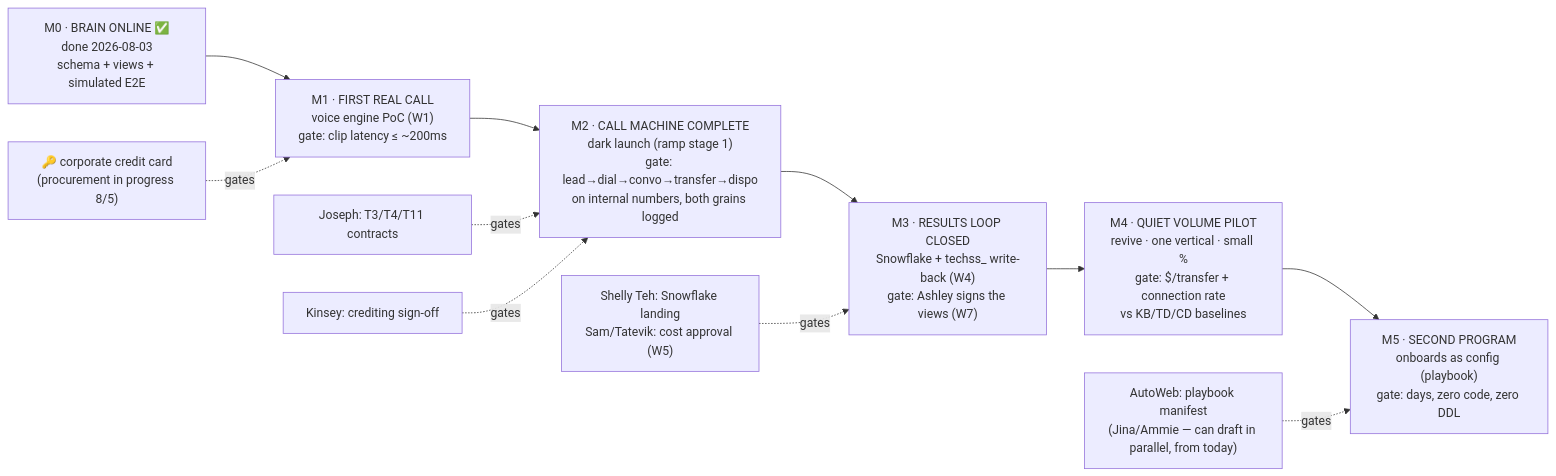
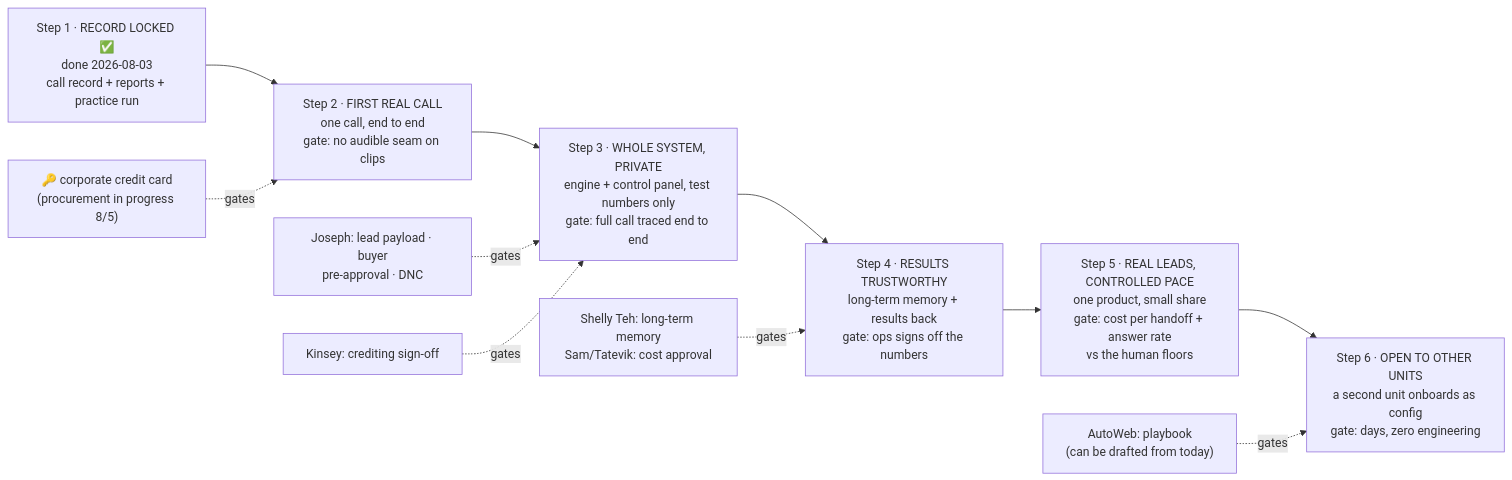
The diagram in docs/roadmap.md (piermadsen-blcalls/fivestrata-dialer), drawn with Mermaid before and after one commit. The commit also changed other lines of this file and 3 other files, not shown here.

First line of the commit message:
PRD + roadmap Draft v2: merge Pier's plain-language draft with Sean's v1

````diff
--- a/docs/roadmap.md
+++ b/docs/roadmap.md
@@ -18,16 +22,16 @@
 ```mermaid
 flowchart LR
-  M0["M0 · BRAIN ONLINE ✅<br/>done 2026-08-03<br/>schema + views + simulated E2E"]
-  M1["M1 · FIRST REAL CALL<br/>voice engine PoC (W1)<br/>gate: clip latency ≤ ~200ms"]
-  M2["M2 · CALL MACHINE COMPLETE<br/>dark launch (ramp stage 1)<br/>gate: lead→dial→convo→transfer→dispo<br/>on internal numbers, both grains logged"]
-  M3["M3 · RESULTS LOOP CLOSED<br/>Snowflake + techss_ write-back (W4)<br/>gate: Ashley signs the views (W7)"]
-  M4["M4 · QUIET VOLUME PILOT<br/>revive · one vertical · small %<br/>gate: $/transfer + connection rate<br/>vs KB/TD/CD baselines"]
-  M5["M5 · SECOND PROGRAM<br/>onboards as config (playbook)<br/>gate: days, zero code, zero DDL"]
+  M0["Step 1 · RECORD LOCKED ✅<br/>done 2026-08-03<br/>call record + reports + practice run"]
+  M1["Step 2 · FIRST REAL CALL<br/>one call, end to end<br/>gate: no audible seam on clips"]
+  M2["Step 3 · WHOLE SYSTEM, PRIVATE<br/>engine + control panel, test numbers only<br/>gate: full call traced end to end"]
+  M3["Step 4 · RESULTS TRUSTWORTHY<br/>long-term memory + results back<br/>gate: ops signs off the numbers"]
+  M4["Step 5 · REAL LEADS, CONTROLLED PACE<br/>one product, small share<br/>gate: cost per handoff + answer rate<br/>vs the human floors"]
+  M5["Step 6 · OPEN TO OTHER UNITS<br/>a second unit onboards as config<br/>gate: days, zero engineering"]
 
   M0 --> M1 --> M2 --> M3 --> M4 --> M5
   CARD["🔑 corporate credit card<br/>(procurement in progress 8/5)"] -.gates.-> M1
-  AW["AutoWeb: playbook manifest<br/>(Jina/Ammie — can draft in parallel, from today)"] -.gates.-> M5
-  JOS["Joseph: T3/T4/T11 contracts"] -.gates.-> M2
-  SNOW["Shelly Teh: Snowflake landing<br/>Sam/Tatevik: cost approval (W5)"] -.gates.-> M3
+  JOS["Joseph: lead payload · buyer<br/>pre-approval · DNC"] -.gates.-> M2
   KIN["Kinsey: crediting sign-off"] -.gates.-> M2
+  SNOW["Shelly Teh: long-term memory<br/>Sam/Tatevik: cost approval"] -.gates.-> M3
+  AW["AutoWeb: playbook<br/>(can be drafted from today)"] -.gates.-> M5
 ```
````
